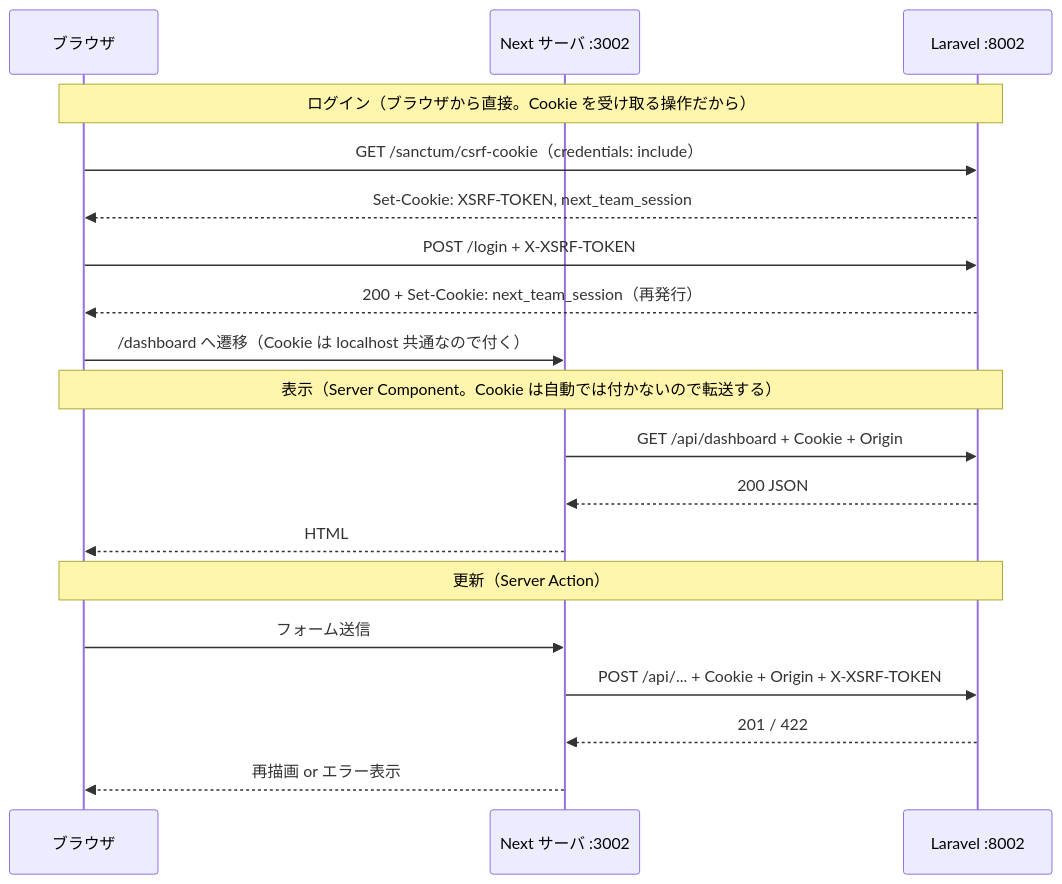
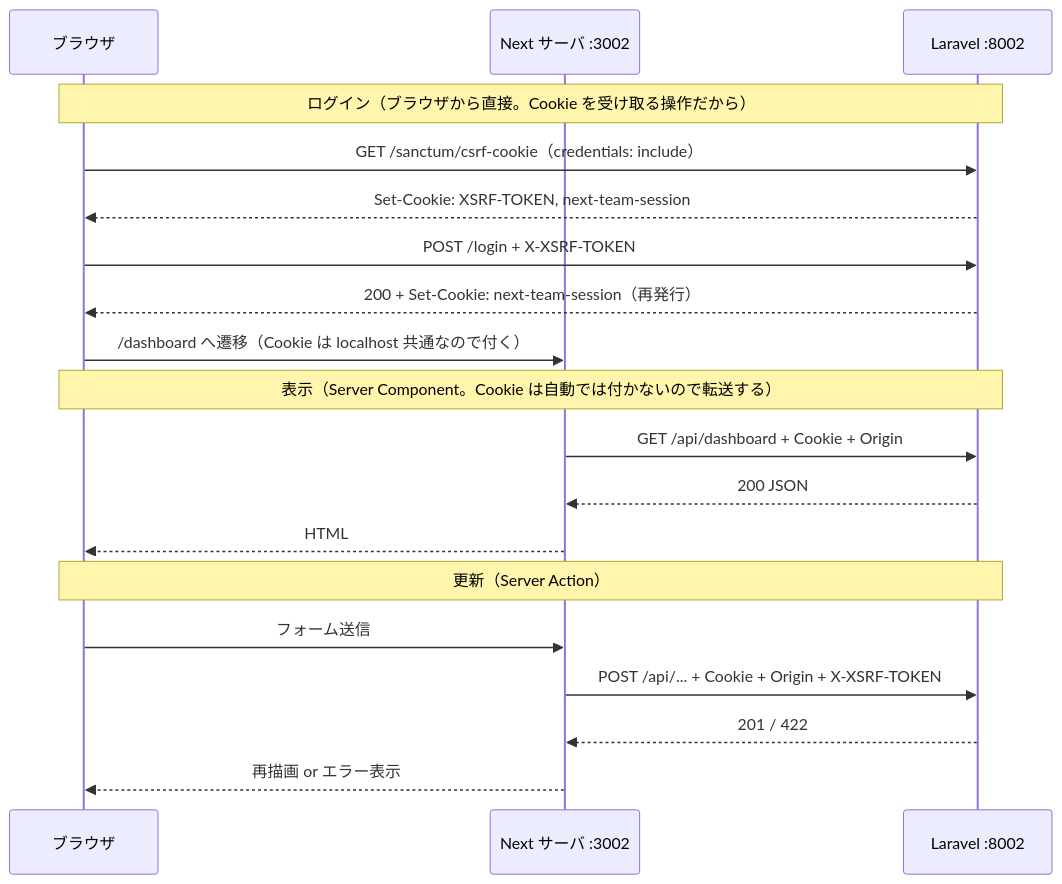
One commit to hata-junnosuke/next_team changed the diagram in docs/01_技術仕様_next.md. Above: the diagram before and after it, drawn with Mermaid. The commit also changed other lines of this file and 26 other files, not shown here.

````diff
--- a/docs/01_技術仕様_next.md
+++ b/docs/01_技術仕様_next.md
@@ -365,24 +365,24 @@
 ```mermaid
 sequenceDiagram
     participant B as ブラウザ
     participant N as Next サーバ :3002
     participant L as Laravel :8002
 
     Note over B,L: ログイン（ブラウザから直接。Cookie を受け取る操作だから）
     B->>L: GET /sanctum/csrf-cookie（credentials: include）
-    L-->>B: Set-Cookie: XSRF-TOKEN, next_team_session
+    L-->>B: Set-Cookie: XSRF-TOKEN, next-team-session
     B->>L: POST /login + X-XSRF-TOKEN
-    L-->>B: 200 + Set-Cookie: next_team_session（再発行）
+    L-->>B: 200 + Set-Cookie: next-team-session（再発行）
     B->>N: /dashboard へ遷移（Cookie は localhost 共通なので付く）
 
     Note over B,L: 表示（Server Component。Cookie は自動では付かないので転送する）
     N->>L: GET /api/dashboard + Cookie + Origin
     L-->>N: 200 JSON
     N-->>B: HTML
 
     Note over B,L: 更新（Server Action）
     B->>N: フォーム送信
     N->>L: POST /api/... + Cookie + Origin + X-XSRF-TOKEN
     L-->>N: 201 / 422
     N-->>B: 再描画 or エラー表示
 ```
````
